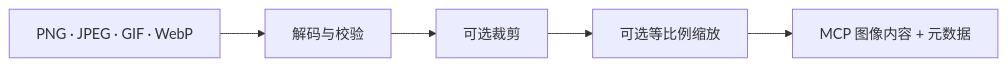
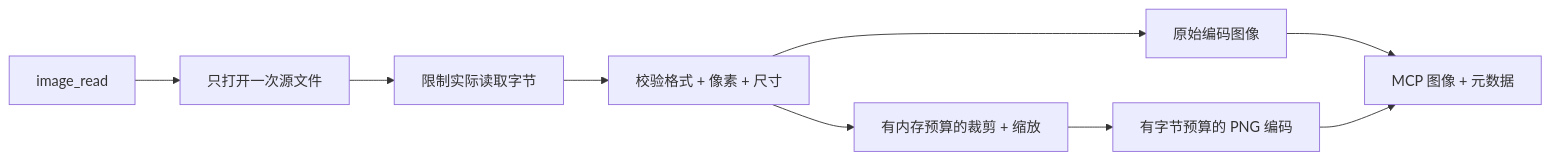
The fifth of 7 diagrams in README.zh-CN.md (hicancan/local-runtime-mcp), drawn with Mermaid before and after one commit. The commit also changed other lines of this file and 65 other files, not shown here.

````diff
--- a/README.zh-CN.md
+++ b/README.zh-CN.md
@@ -193,7 +178,11 @@
 ```mermaid
 flowchart LR
-    FILE[PNG · JPEG · GIF · WebP] --> VALIDATE[解码与校验]
-    VALIDATE --> CROP[可选裁剪]
-    CROP --> SCALE[可选等比例缩放]
-    SCALE --> RESULT[MCP 图像内容 + 元数据]
+    Read[image_read] --> Open[只打开一次源文件]
+    Open --> Bytes[限制实际读取字节]
+    Bytes --> Header[校验格式 + 像素 + 尺寸]
+    Header --> Original[原始编码图像]
+    Header --> Transform[有内存预算的裁剪 + 缩放]
+    Transform --> Encode[有字节预算的 PNG 编码]
+    Original --> Result[MCP 图像 + 元数据]
+    Encode --> Result
 ```
````
